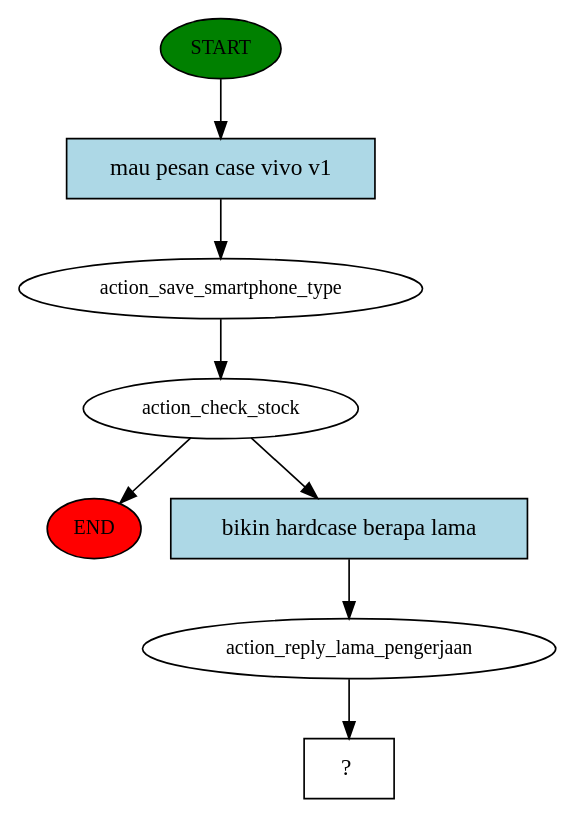
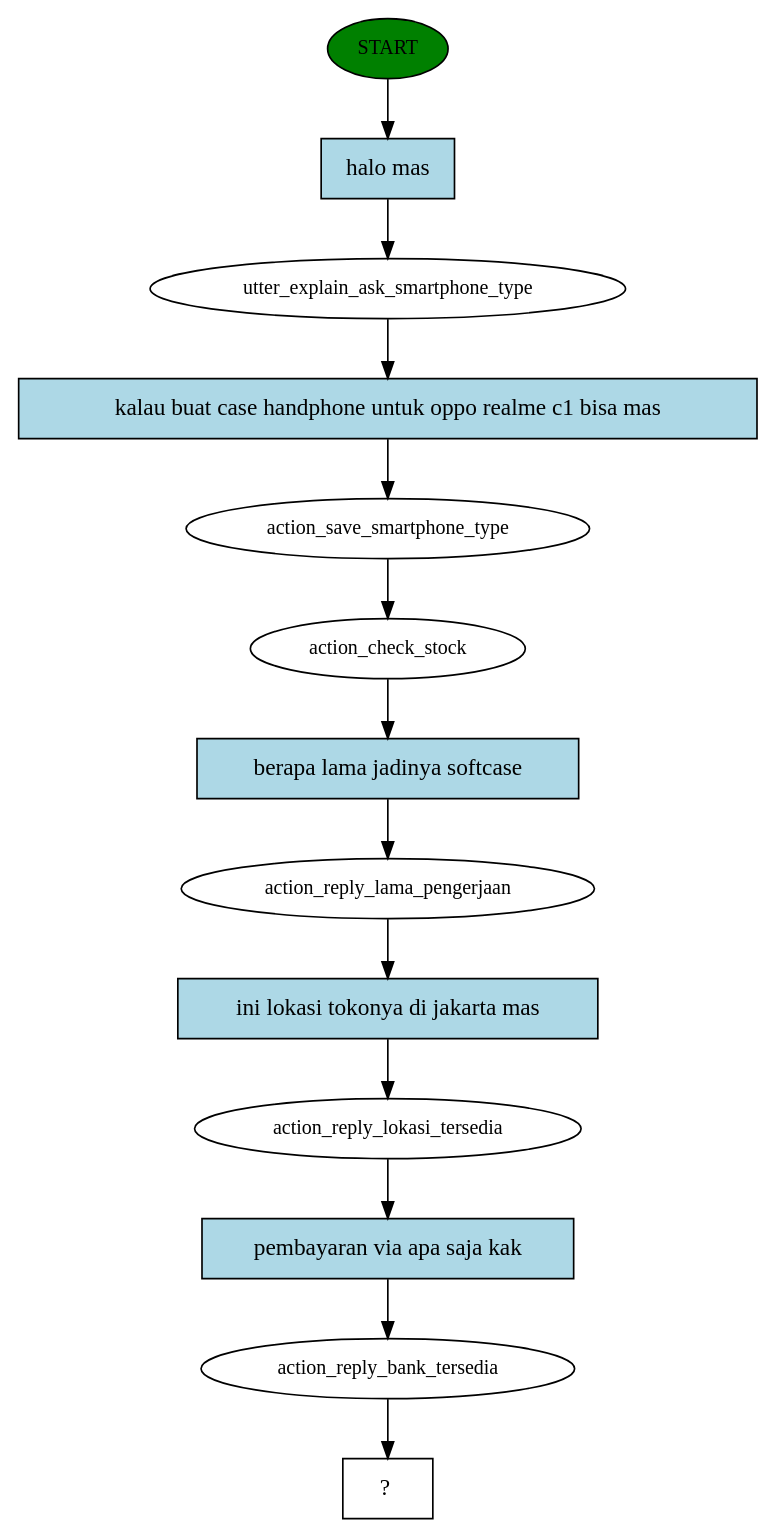
One commit to veronicaads/pybot-chatbot changed the diagram in story_graph.dot. Above: the diagram before and after it, drawn with Graphviz. The commit also changed 32 other files, not shown here.

```diff
--- a/story_graph.dot
+++ b/story_graph.dot
@@ -1,17 +1,27 @@
 digraph  {
 0 [class="start active", fillcolor=green, fontsize=12, label=START, style=filled];
-"-1" [class=end, fillcolor=red, fontsize=12, label=END, style=filled];
-1 [class=active, fontsize=12, label=action_save_smartphone_type];
-2 [class=active, fontsize=12, label=action_check_stock];
-5 [class=active, fontsize=12, label=action_reply_lama_pengerjaan];
-6 [class="intent dashed active", label="  ?  ", shape=rect];
-7 [class="intent active", fillcolor=lightblue, label="mau pesan case vivo v1", shape=rect, style=filled];
-8 [class="intent active", fillcolor=lightblue, label="bikin hardcase berapa lama", shape=rect, style=filled];
-0 -> 7  [class=active, key=0];
-1 -> 2  [class=active, key=NONE, label=""];
-2 -> "-1"  [class="", key=NONE, label=""];
-2 -> 8  [class=active, key=0];
-5 -> 6  [class=active, key=NONE, label=""];
-7 -> 1  [class=active, key=0];
-8 -> 5  [class=active, key=0];
+1 [class=active, fontsize=12, label=utter_explain_ask_smartphone_type];
+2 [class=active, fontsize=12, label=action_save_smartphone_type];
+3 [class=active, fontsize=12, label=action_check_stock];
+4 [class=active, fontsize=12, label=action_reply_lama_pengerjaan];
+5 [class=active, fontsize=12, label=action_reply_lokasi_tersedia];
+6 [class=active, fontsize=12, label=action_reply_bank_tersedia];
+7 [class="intent dashed active", label="  ?  ", shape=rect];
+8 [class="intent active", fillcolor=lightblue, label="halo mas", shape=rect, style=filled];
+9 [class="intent active", fillcolor=lightblue, label="kalau buat case handphone untuk oppo realme c1 bisa mas ", shape=rect, style=filled];
+10 [class="intent active", fillcolor=lightblue, label="berapa lama jadinya softcase ", shape=rect, style=filled];
+11 [class="intent active", fillcolor=lightblue, label="ini lokasi tokonya di jakarta mas ", shape=rect, style=filled];
+12 [class="intent active", fillcolor=lightblue, label="pembayaran via apa saja kak", shape=rect, style=filled];
+0 -> 8  [class=active, key=0];
+1 -> 9  [class=active, key=0];
+2 -> 3  [class=active, key=NONE, label=""];
+3 -> 10  [class=active, key=0];
+4 -> 11  [class=active, key=0];
+5 -> 12  [class=active, key=0];
+6 -> 7  [class=active, key=NONE, label=""];
+8 -> 1  [class=active, key=0];
+9 -> 2  [class=active, key=0];
+10 -> 4  [class=active, key=0];
+11 -> 5  [class=active, key=0];
+12 -> 6  [class=active, key=0];
 }
```
